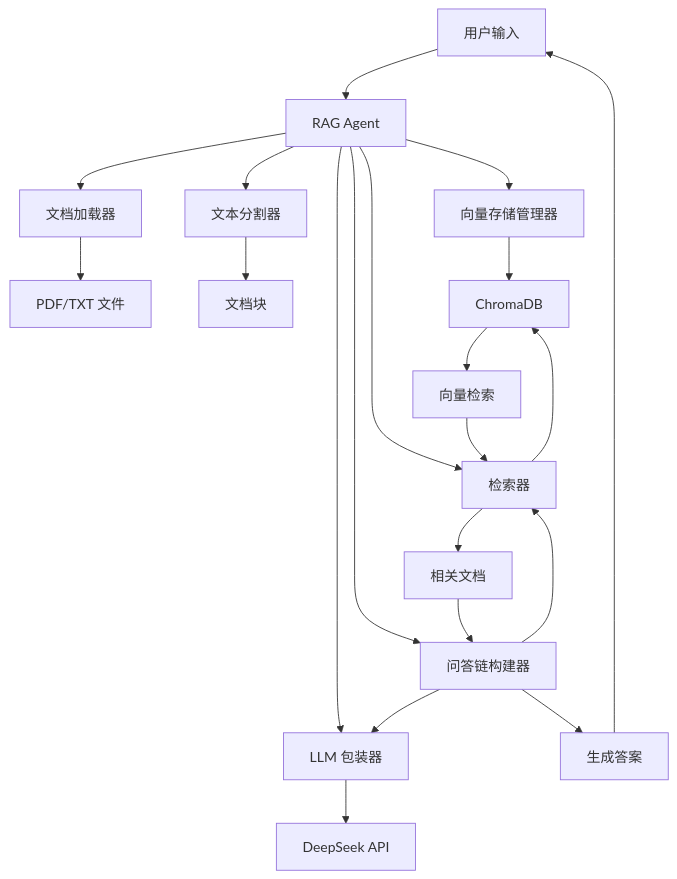
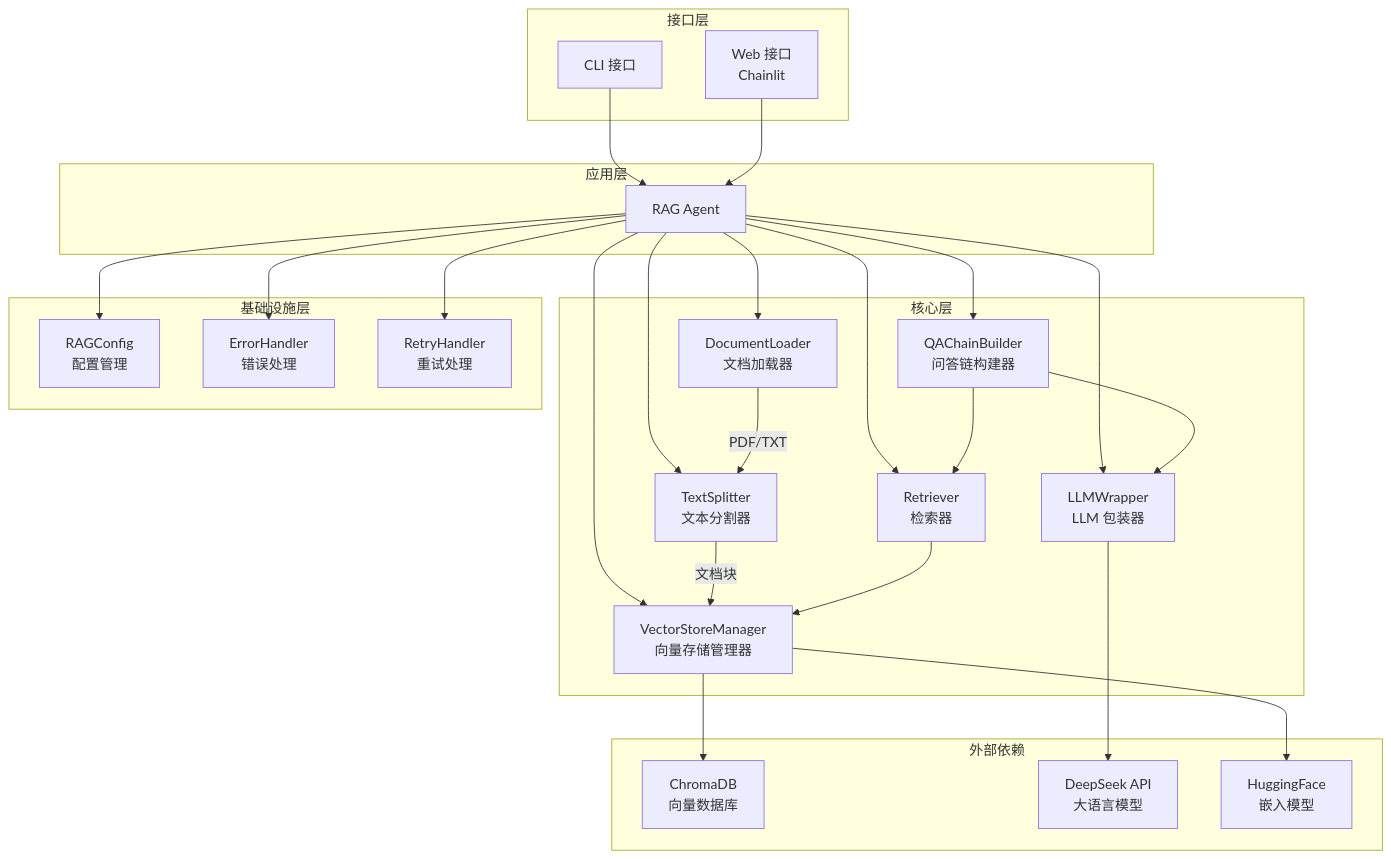
One commit to xiaodouya001/local_rag_agent changed the first of 2 diagrams in README.md. Above: the diagram before and after it, drawn with Mermaid. The commit also changed other lines of this file and 83 other files, not shown here.

Commit message:
Update project documentation and configuration; enhance .gitignore for Poetry virtual environments, modify README for clarity on AI Agent description and contact information, and add development dependencies in requirements.txt for code formatting tools.

````diff
--- a/README.md
+++ b/README.md
@@ -60,25 +39,54 @@
 ```mermaid
 graph TB
-    A[用户输入] --> B[RAG Agent]
-    B --> C[文档加载器]
-    B --> D[文本分割器]
-    B --> E[向量存储管理器]
-    B --> F[检索器]
-    B --> G[LLM 包装器]
-    B --> H[问答链构建器]
+    subgraph "接口层"
+        UI1[CLI 接口]
+        UI2[Web 接口<br/>Chainlit]
+    end
     
-    C --> I[PDF/TXT 文件]
-    D --> J[文档块]
-    E --> K[ChromaDB]
-    F --> K
-    G --> L[DeepSeek API]
-    H --> F
-    H --> G
+    subgraph "应用层"
+        AGENT[RAG Agent]
+    end
     
-    K --> M[向量检索]
-    M --> F
-    F --> N[相关文档]
-    N --> H
-    H --> O[生成答案]
-    O --> A
+    subgraph "核心层"
+        LOADER[DocumentLoader<br/>文档加载器]
+        SPLITTER[TextSplitter<br/>文本分割器]
+        VSM[VectorStoreManager<br/>向量存储管理器]
+        RETRIEVER[Retriever<br/>检索器]
+        LLM_WRAPPER[LLMWrapper<br/>LLM 包装器]
+        QA_CHAIN[QAChainBuilder<br/>问答链构建器]
+    end
+    
+    subgraph "基础设施层"
+        CONFIG[RAGConfig<br/>配置管理]
+        ERROR[ErrorHandler<br/>错误处理]
+        RETRY[RetryHandler<br/>重试处理]
+    end
+    
+    subgraph "外部依赖"
+        CHROMA[ChromaDB<br/>向量数据库]
+        DEEPSEEK[DeepSeek API<br/>大语言模型]
+        HF[HuggingFace<br/>嵌入模型]
+    end
+    
+    UI1 --> AGENT
+    UI2 --> AGENT
+    
+    AGENT --> CONFIG
+    AGENT --> LOADER
+    AGENT --> SPLITTER
+    AGENT --> VSM
+    AGENT --> RETRIEVER
+    AGENT --> LLM_WRAPPER
+    AGENT --> QA_CHAIN
+    AGENT --> ERROR
+    AGENT --> RETRY
+    
+    LOADER --> |PDF/TXT| SPLITTER
+    SPLITTER --> |文档块| VSM
+    VSM --> CHROMA
+    RETRIEVER --> VSM
+    QA_CHAIN --> RETRIEVER
+    QA_CHAIN --> LLM_WRAPPER
+    LLM_WRAPPER --> DEEPSEEK
+    VSM --> HF
 ```
````
